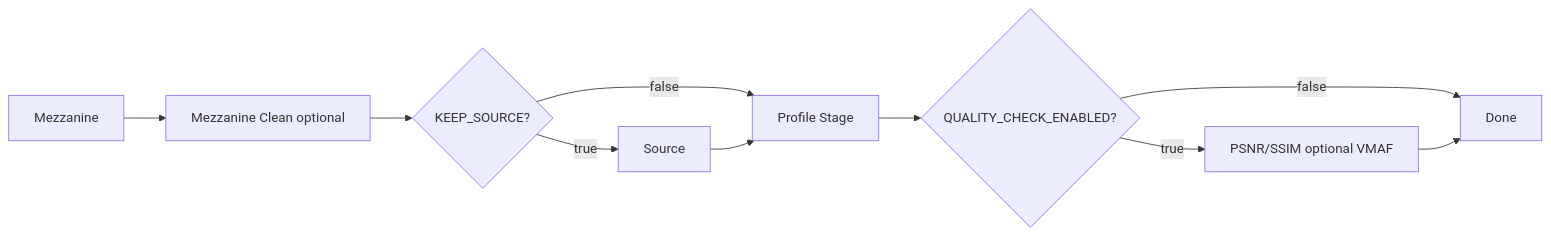
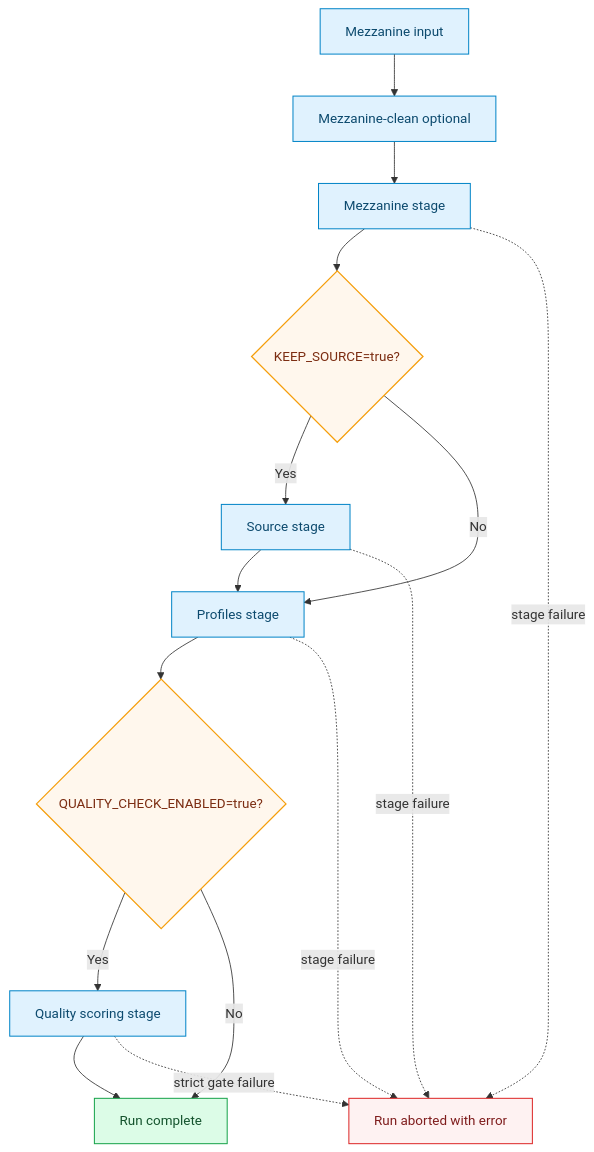
Before and after one commit to CraigWatt/vfo: the diagram in platform/docs-site/docs/pipeline-end-to-end.md, drawn with Mermaid. The commit also changed other lines of this file and 22 other files, not shown here.

Commit message:
docs: uplift flow charts with multi-level and profile visuals

````diff
--- a/platform/docs-site/docs/pipeline-end-to-end.md
+++ b/platform/docs-site/docs/pipeline-end-to-end.md
@@ -5,12 +5,23 @@
 ```mermaid
-flowchart LR
-  A[Mezzanine] --> B[Mezzanine Clean optional]
-  B --> C{KEEP_SOURCE?}
-  C -->|true| D[Source]
-  C -->|false| E[Profile Stage]
-  D --> E
-  E --> F{QUALITY_CHECK_ENABLED?}
-  F -->|true| G[PSNR/SSIM optional VMAF]
-  F -->|false| H[Done]
-  G --> H
+flowchart TD
+  classDef gate fill:#fff7ed,stroke:#f59e0b,color:#7c2d12,stroke-width:1.5px;
+  classDef stage fill:#e0f2fe,stroke:#0284c7,color:#0c4a6e,stroke-width:1.2px;
+  classDef output fill:#dcfce7,stroke:#16a34a,color:#14532d,stroke-width:1.2px;
+  classDef warn fill:#fef2f2,stroke:#dc2626,color:#7f1d1d,stroke-width:1.2px;
+
+  A[Mezzanine input]:::stage --> B[Mezzanine-clean optional]:::stage
+  B --> C[Mezzanine stage]:::stage
+  C --> D{KEEP_SOURCE=true?}:::gate
+  D -->|Yes| E[Source stage]:::stage
+  D -->|No| F[Profiles stage]:::stage
+  E --> F
+  F --> G{QUALITY_CHECK_ENABLED=true?}:::gate
+  G -->|Yes| H[Quality scoring stage]:::stage
+  G -->|No| I[Run complete]:::output
+  H --> I
+
+  C -. stage failure .-> X[Run aborted with error]:::warn
+  E -. stage failure .-> X
+  F -. stage failure .-> X
+  H -. strict gate failure .-> X
 ```
````
